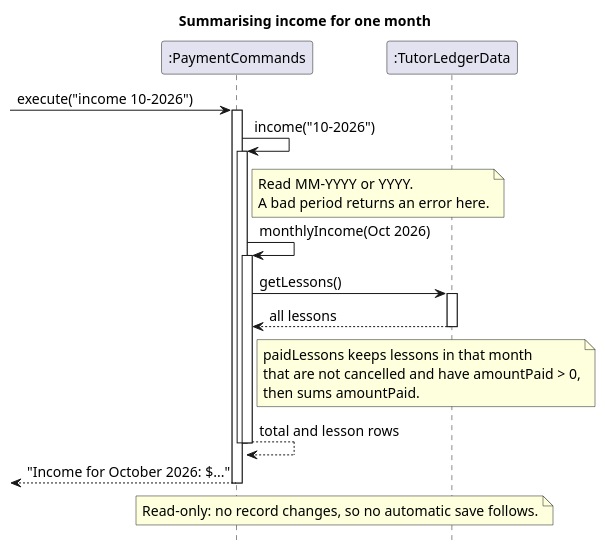
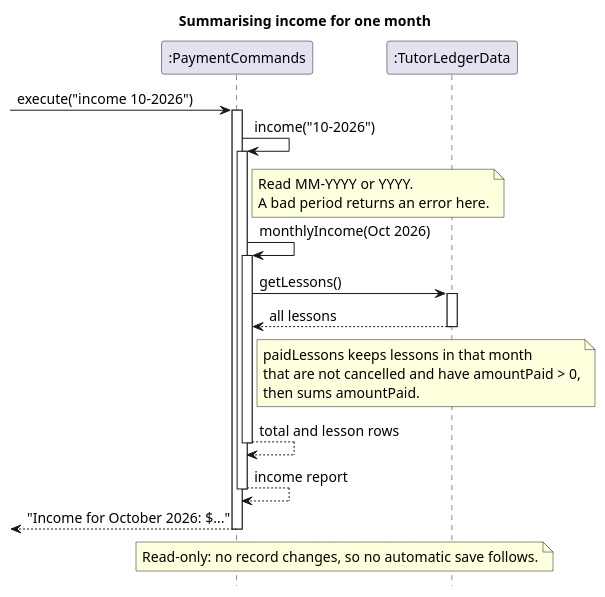
Before and after one commit to AY2627S1-CS2113-W12-2/tp: the diagram in docs/diagrams/income-sequence.puml, drawn with PlantUML. The commit also changed 21 other files, not shown here.

First line of the commit message:
DG: Add return arrows to self-calls in sequence diagrams

```diff
--- a/docs/diagrams/income-sequence.puml
+++ b/docs/diagrams/income-sequence.puml
@@ -1,38 +1,39 @@
 @startuml
 skinparam backgroundColor white
 skinparam defaultFontSize 14
 skinparam shadowing false
 hide footbox
 title Summarising income for one month
 
 participant ":PaymentCommands" as Commands
 participant ":TutorLedgerData" as Data
 
 [-> Commands : execute("income 10-2026")
 activate Commands
 Commands -> Commands : income("10-2026")
 activate Commands
 note right of Commands
   Read MM-YYYY or YYYY.
   A bad period returns an error here.
 end note
 Commands -> Commands : monthlyIncome(Oct 2026)
 activate Commands
 Commands -> Data : getLessons()
 activate Data
 Data --> Commands : all lessons
 deactivate Data
 note right of Commands
   paidLessons keeps lessons in that month
   that are not cancelled and have amountPaid > 0,
   then sums amountPaid.
 end note
 Commands --> Commands : total and lesson rows
 deactivate Commands
+Commands --> Commands : income report
 deactivate Commands
 Commands -->[ : "Income for October 2026: $..."
 deactivate Commands
 note over Commands, Data
   Read-only: no record changes, so no automatic save follows.
 end note
 @enduml
```
